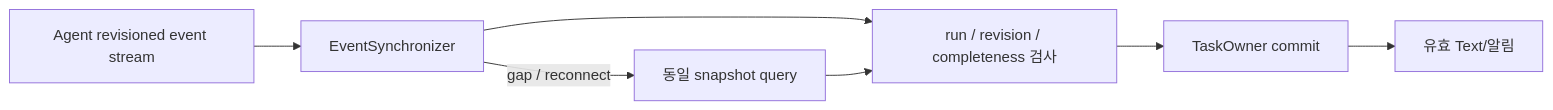
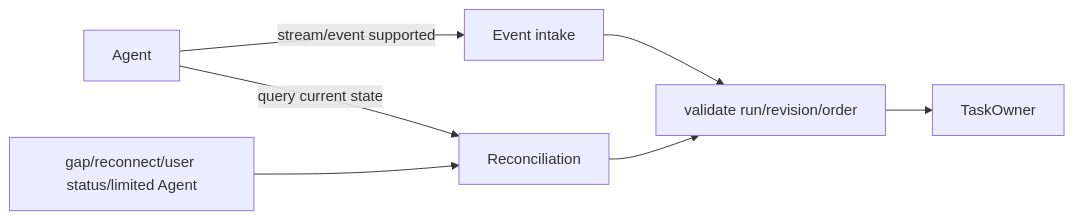
Before and after one commit to cbyche/via-sw-architecture: the diagram in docs/rebaseline/12-gate2/TASK-DP02.md, drawn with Mermaid. The commit also changed other lines of this file and 2 other files, not shown here.

````diff
--- a/docs/rebaseline/12-gate2/TASK-DP02.md
+++ b/docs/rebaseline/12-gate2/TASK-DP02.md
@@ -29,9 +9,9 @@
 ```mermaid
 flowchart LR
-  AG[Agent revisioned event stream] --> E[EventSynchronizer]
-  E --> V[run / revision / completeness 검사]
-  V --> T[TaskOwner commit]
-  E -->|gap / reconnect| Q[동일 snapshot query]
+  A[Agent] -->|stream/event supported| E[Event intake]
+  E --> V[validate run/revision/order]
+  V --> T[TaskOwner]
+  A -->|query current state| Q[Reconciliation]
   Q --> V
-  T --> U[유효 Text/알림]
+  G[gap/reconnect/user status/limited Agent] --> Q
 ```
````
